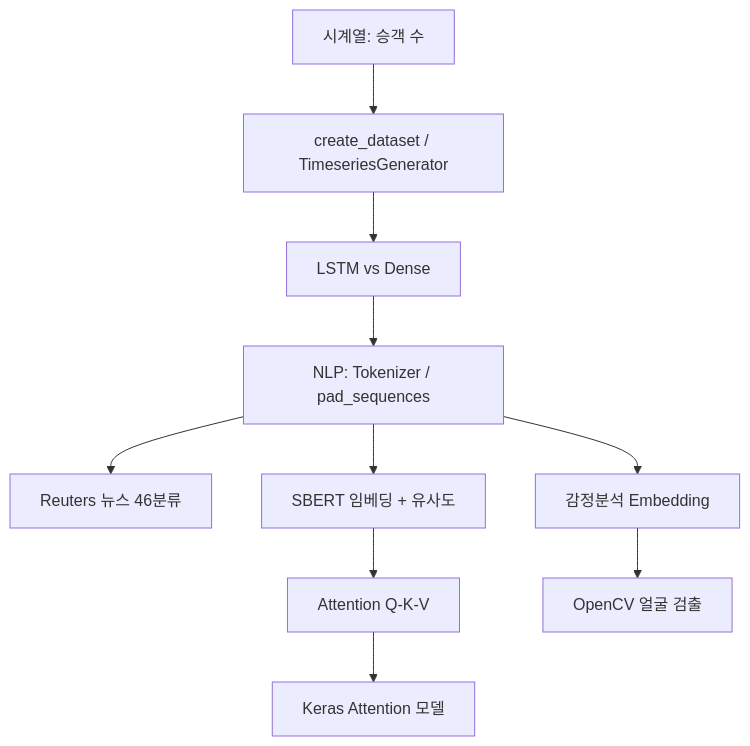
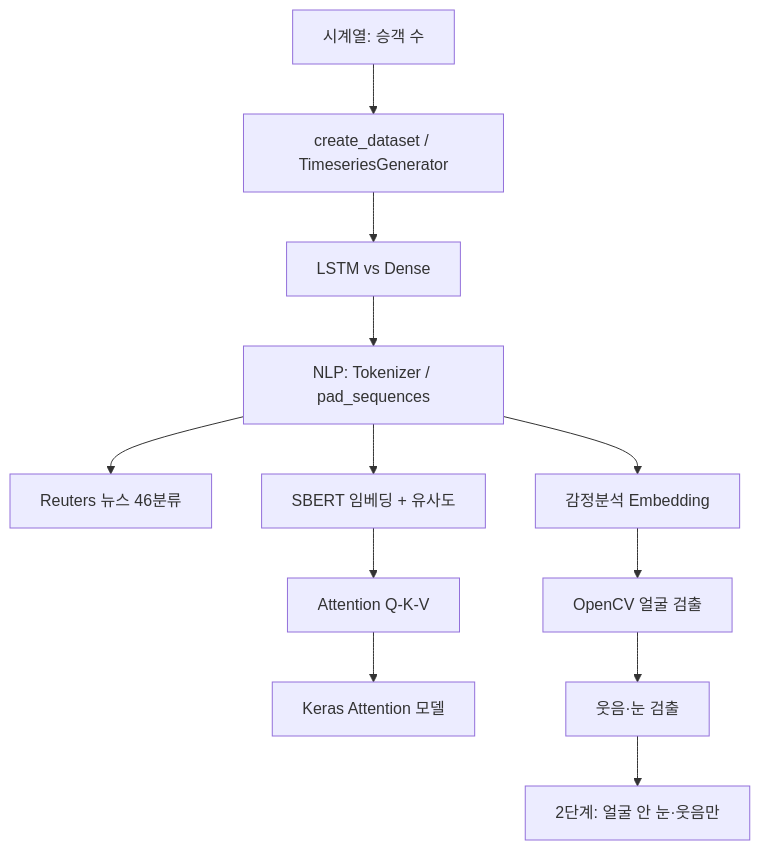
Before and after one commit to hyunkyung31/deeplearning_note: the diagram in docs/09-nlp-timeseries-attention-notes.md, drawn with Mermaid. The commit also changed other lines of this file, not shown here.

````diff
--- a/docs/09-nlp-timeseries-attention-notes.md
+++ b/docs/09-nlp-timeseries-attention-notes.md
@@ -37,12 +37,14 @@
 ```mermaid
 flowchart TD
     A[시계열: 승객 수] --> B[create_dataset / TimeseriesGenerator]
     B --> C[LSTM vs Dense]
     C --> D[NLP: Tokenizer / pad_sequences]
     D --> E[Reuters 뉴스 46분류]
     D --> F[SBERT 임베딩 + 유사도]
     F --> G[Attention Q-K-V]
     G --> H[Keras Attention 모델]
     D --> I[감정분석 Embedding]
     I --> J[OpenCV 얼굴 검출]
+    J --> K[웃음·눈 검출]
+    K --> L[2단계: 얼굴 안 눈·웃음만]
 ```
````
